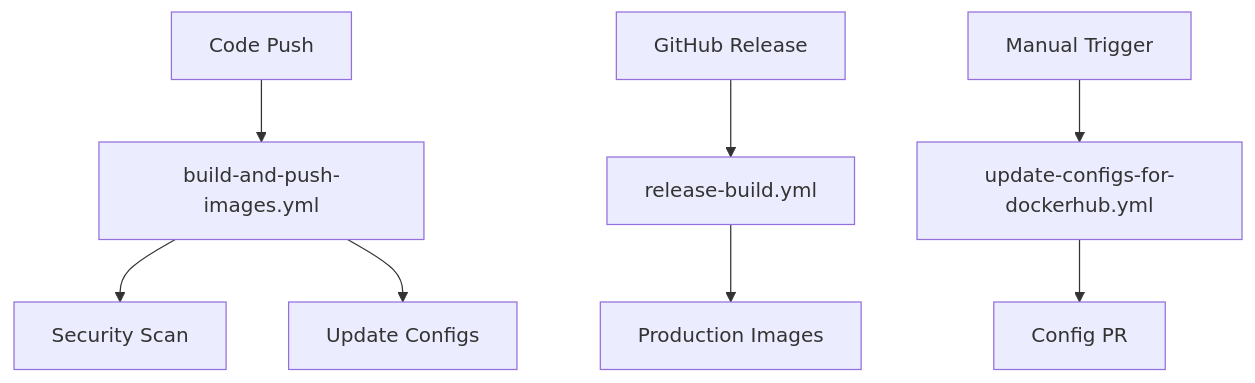
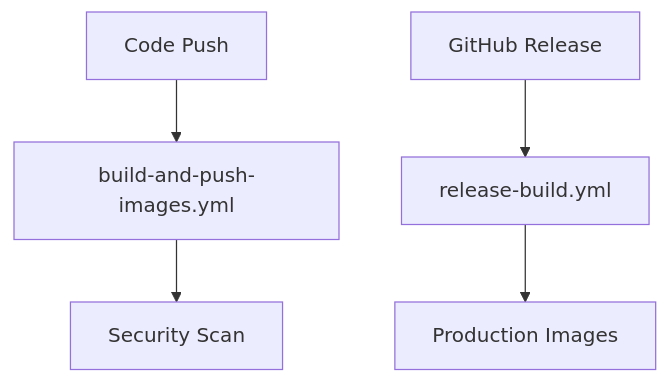
Before and after one commit to actyze/dashboard: the diagram in .github/workflows/README.md, drawn with Mermaid. The commit also changed other lines of this file and 7 other files, not shown here.

````diff
--- a/.github/workflows/README.md
+++ b/.github/workflows/README.md
@@ -236,10 +214,7 @@
 ```mermaid
 graph TD
     A[Code Push] --> B[build-and-push-images.yml]
     B --> C[Security Scan]
-    B --> D[Update Configs]
     E[GitHub Release] --> F[release-build.yml]
     F --> G[Production Images]
-    H[Manual Trigger] --> I[update-configs-for-dockerhub.yml]
-    I --> J[Config PR]
 ```
````
